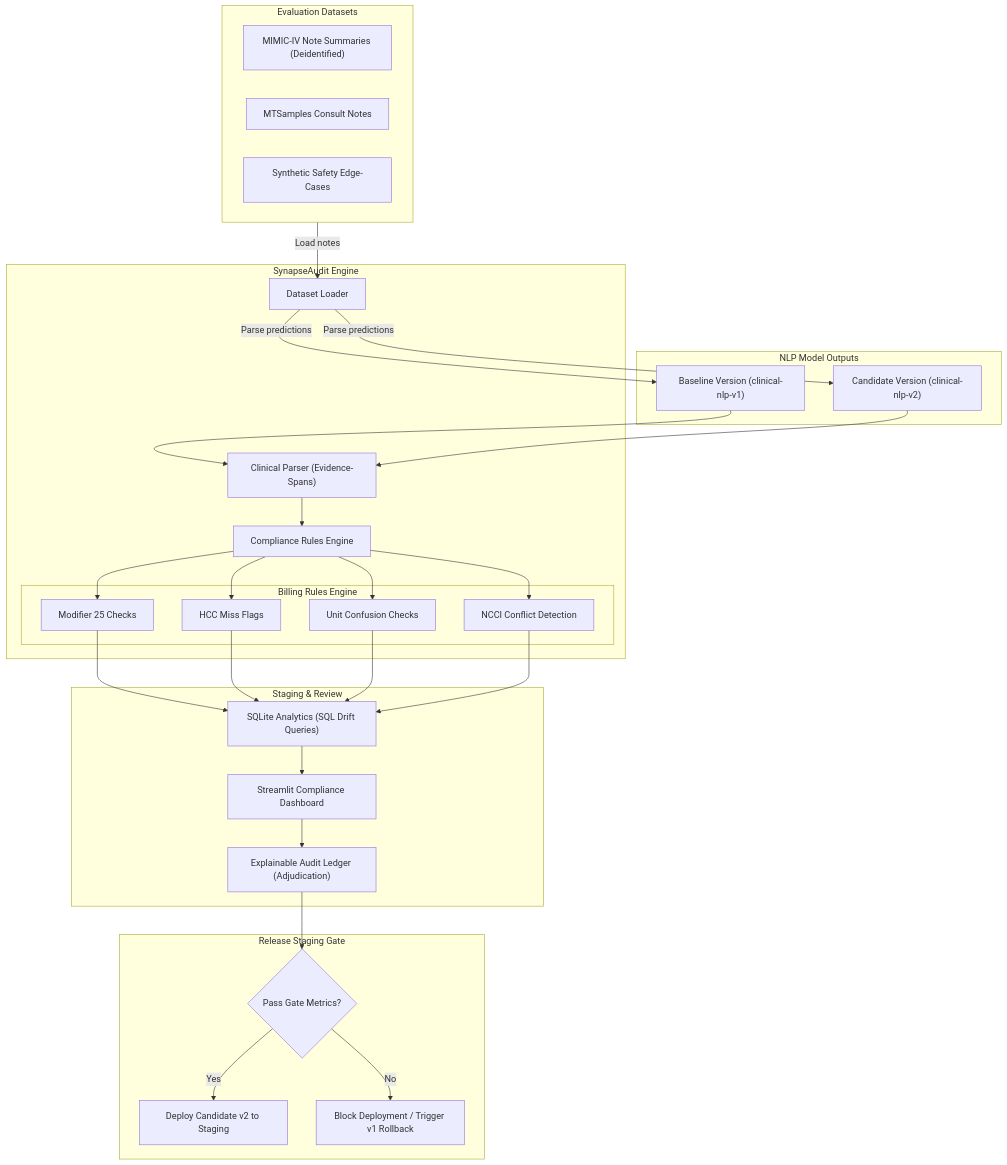
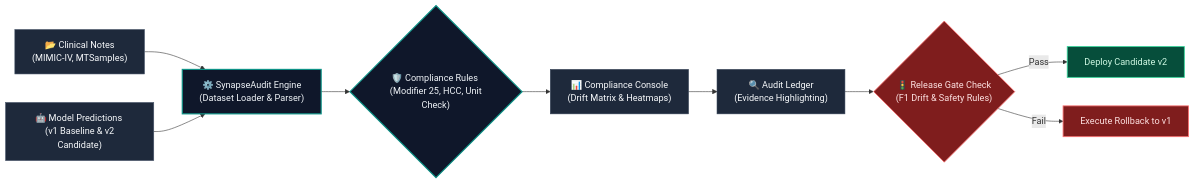
Before and after one commit to Navneet-Scaler/SynapsAudit: the diagram in README.md, drawn with Mermaid.

Commit message:
docs: Redesign README Mermaid diagram into a clean horizontal flowchart with custom styles

````diff
--- a/README.md
+++ b/README.md
@@ -19,50 +19,35 @@
 ```mermaid
-flowchart TD
-    subgraph Input_Data [Evaluation Datasets]
-        A["MIMIC-IV Note Summaries (Deidentified)"]
-        B["MTSamples Consult Notes"]
-        C["Synthetic Safety Edge-Cases"]
-    end
+graph LR
+    %% Styling Classes
+    classDef input fill:#1E293B,stroke:#475569,stroke-width:1px,color:#F8FAFC;
+    classDef engine fill:#0F172A,stroke:#0D9488,stroke-width:2px,color:#F1F5F9;
+    classDef metric fill:#1E293B,stroke:#334155,stroke-width:1px,color:#F8FAFC;
+    classDef gate fill:#7F1D1D,stroke:#F87171,stroke-width:1.5px,color:#FEE2E2;
+    classDef pass fill:#064E3B,stroke:#34D399,stroke-width:1.5px,color:#D1FAE5;
 
-    subgraph NLP_Pipeline [NLP Model Outputs]
-        D["Baseline Version (clinical-nlp-v1)"]
-        E["Candidate Version (clinical-nlp-v2)"]
-    end
+    %% Data Nodes
+    A["📂 Clinical Notes <br> (MIMIC-IV, MTSamples)"]:::input
+    B["🤖 Model Predictions <br> (v1 Baseline & v2 Candidate)"]:::input
 
-    subgraph SynapseAudit [SynapseAudit Engine]
-        F["Dataset Loader"]
-        G["Clinical Parser (Evidence-Spans)"]
-        H["Compliance Rules Engine"]
-        
-        subgraph Rules [Billing Rules Engine]
-            H1["Modifier 25 Checks"]
-            H2["HCC Miss Flags"]
-            H3["Unit Confusion Checks"]
-            H4["NCCI Conflict Detection"]
-        end
-    end
+    %% Processing Nodes
+    C["⚙️ SynapseAudit Engine <br> (Dataset Loader & Parser)"]:::engine
+    D{"🛡️ Compliance Rules <br> (Modifier 25, HCC, Unit Check)"}:::engine
 
-    subgraph Analytics_Interface [Staging & Review]
-        I["SQLite Analytics (SQL Drift Queries)"]
-        J["Streamlit Compliance Dashboard"]
-        K["Explainable Audit Ledger (Adjudication)"]
-    end
+    %% Review Nodes
+    E["📊 Compliance Console <br> (Drift Matrix & Heatmaps)"]:::metric
+    F["🔍 Audit Ledger <br> (Evidence Highlighting)"]:::metric
 
-    subgraph Pipeline_Gate [Release Staging Gate]
-        L{"Pass Gate Metrics?"}
-        M["Deploy Candidate v2 to Staging"]
-        N["Block Deployment / Trigger v1 Rollback"]
-    end
+    %% Gate Decisions
+    G{"🚦 Release Gate Check <br> (F1 Drift & Safety Rules)"}:::gate
+    H["Deploy Candidate v2"]:::pass
+    I["Execute Rollback to v1"]:::gate
 
-    Input_Data --> |Load notes| F
-    F --> |Parse predictions| D & E
-    D & E --> G
-    G --> H
-    H --> H1 & H2 & H3 & H4
-    H1 & H2 & H3 & H4 --> I
-    I --> J
-    J --> K
-    K --> L
-    L -->|Yes| M
-    L -->|No| N
+    %% Connections
+    A & B --> C
+    C --> D
+    D --> E
+    E --> F
+    F --> G
+    G -->|Pass| H
+    G -->|Fail| I
 ```
````
